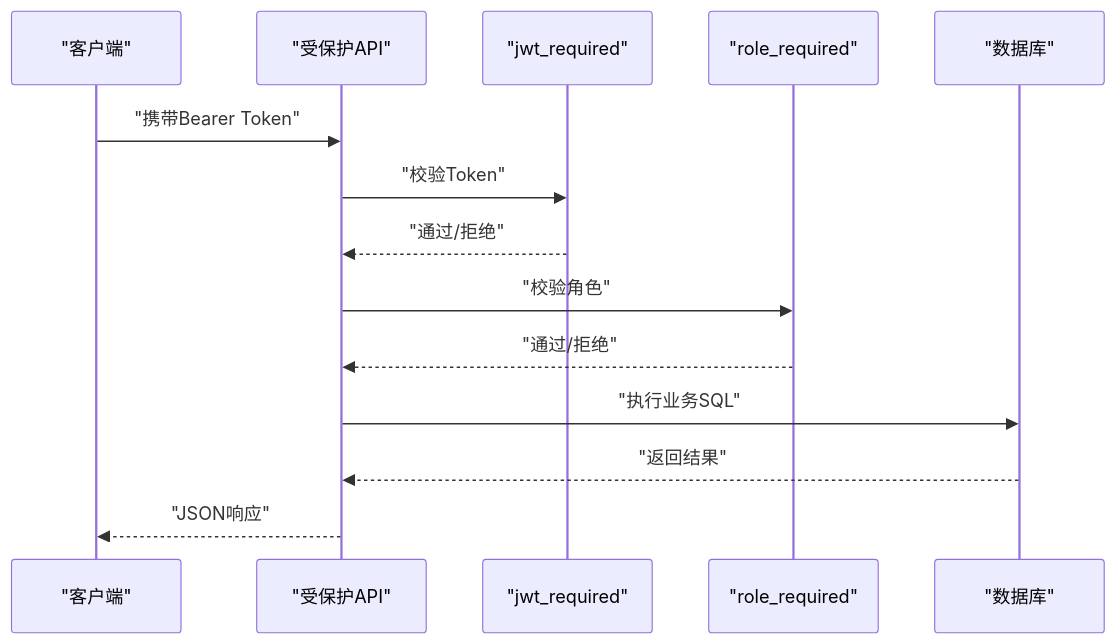
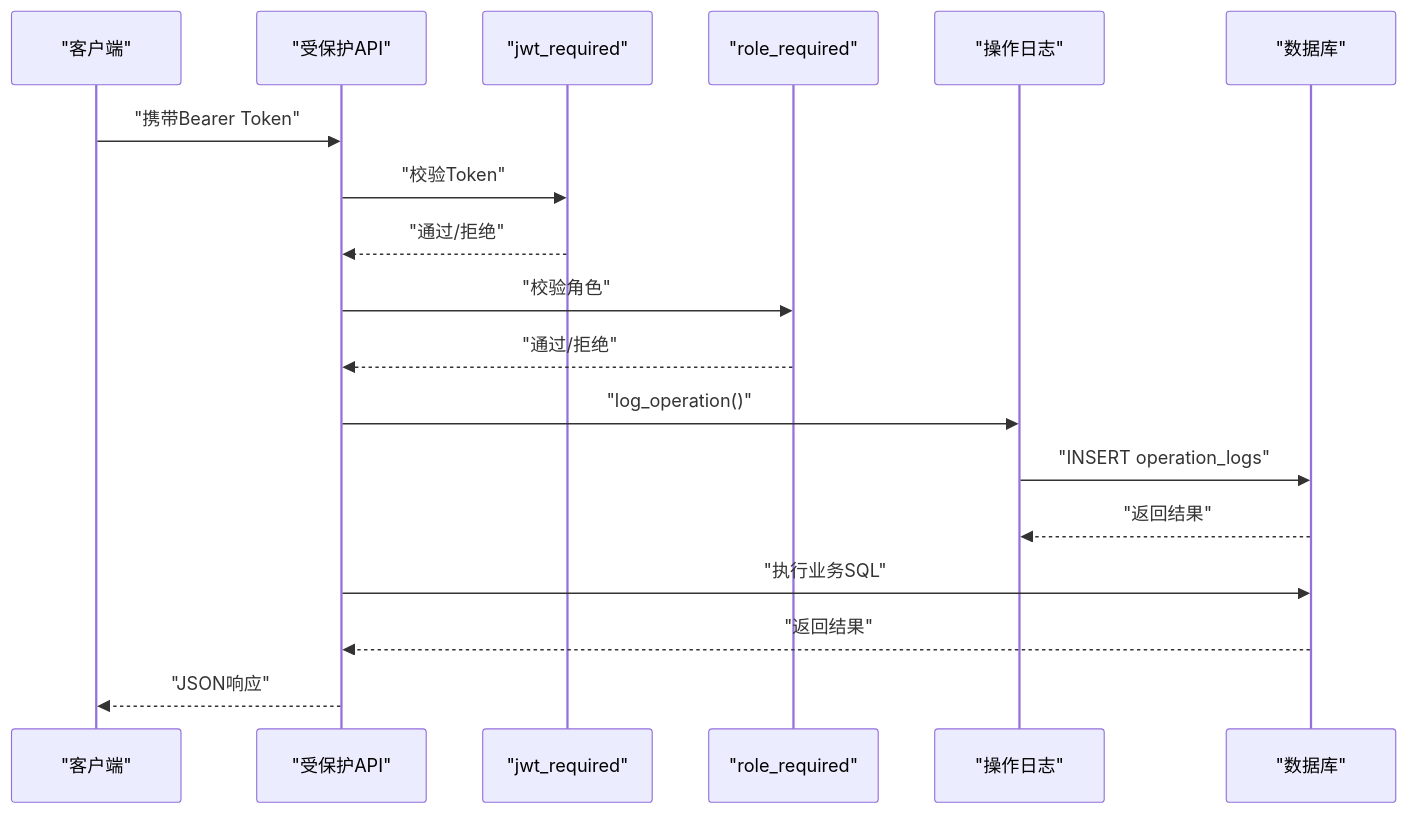
Before and after one commit to ismine3/OPS: the fifth of 6 diagrams in .qoder/repowiki/zh/content/数据库设计.md, drawn with Mermaid. The commit also changed other lines of this file and 39 other files, not shown here.

````diff
--- a/.qoder/repowiki/zh/content/数据库设计.md
+++ b/.qoder/repowiki/zh/content/数据库设计.md
@@ -465,16 +513,20 @@
 ```mermaid
 sequenceDiagram
 participant Client as "客户端"
 participant API as "受保护API"
 participant JWT as "jwt_required"
 participant Role as "role_required"
+participant OPLOG as "操作日志"
 participant DB as "数据库"
 Client->>API : "携带Bearer Token"
 API->>JWT : "校验Token"
 JWT-->>API : "通过/拒绝"
 API->>Role : "校验角色"
 Role-->>API : "通过/拒绝"
+API->>OPLOG : "log_operation()"
+OPLOG->>DB : "INSERT operation_logs"
+DB-->>OPLOG : "返回结果"
 API->>DB : "执行业务SQL"
 DB-->>API : "返回结果"
 API-->>Client : "JSON响应"
 ```
````
